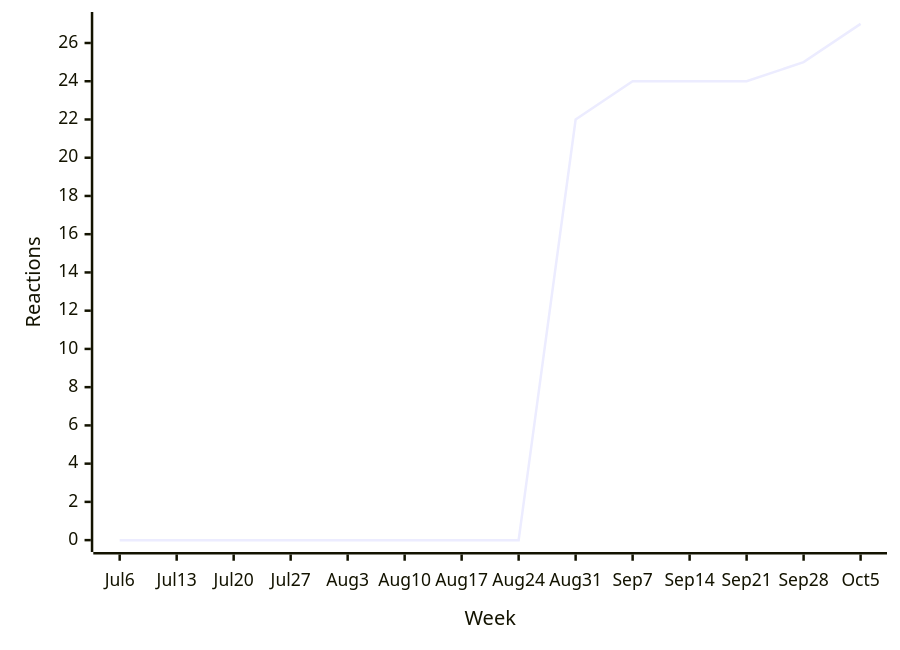
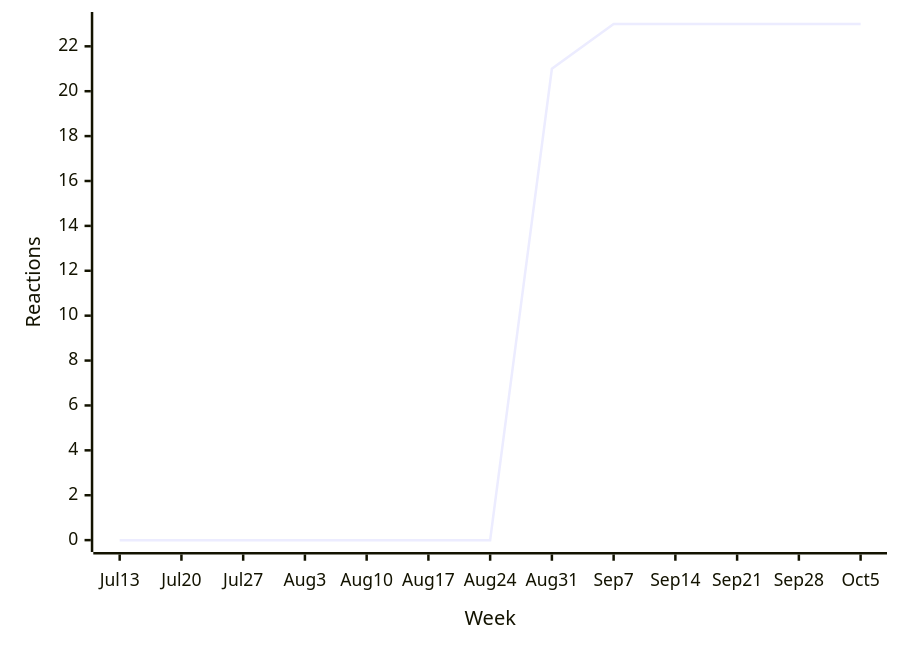
The third of 34 diagrams in README.md (loic-sharma/github-insights), drawn with Mermaid before and after one commit. The commit also changed other lines of this file and 3 other files, not shown here.

````diff
--- a/README.md
+++ b/README.md
@@ -358,6 +358,6 @@
   ```mermaid
   xychart-beta
-    x-axis "Week" [Jul 6, Jul 13, Jul 20, Jul 27, Aug 3, Aug 10, Aug 17, Aug 24, Aug 31, Sep 7, Sep 14, Sep 21, Sep 28, Oct 5]
+    x-axis "Week" [Jul 13, Jul 20, Jul 27, Aug 3, Aug 10, Aug 17, Aug 24, Aug 31, Sep 7, Sep 14, Sep 21, Sep 28, Oct 5]
     y-axis "Reactions"
-    line [0, 0, 0, 0, 0, 0, 0, 0, 22, 24, 24, 24, 25, 27]
+    line [0, 0, 0, 0, 0, 0, 0, 21, 23, 23, 23, 23, 23]
   ```
````
